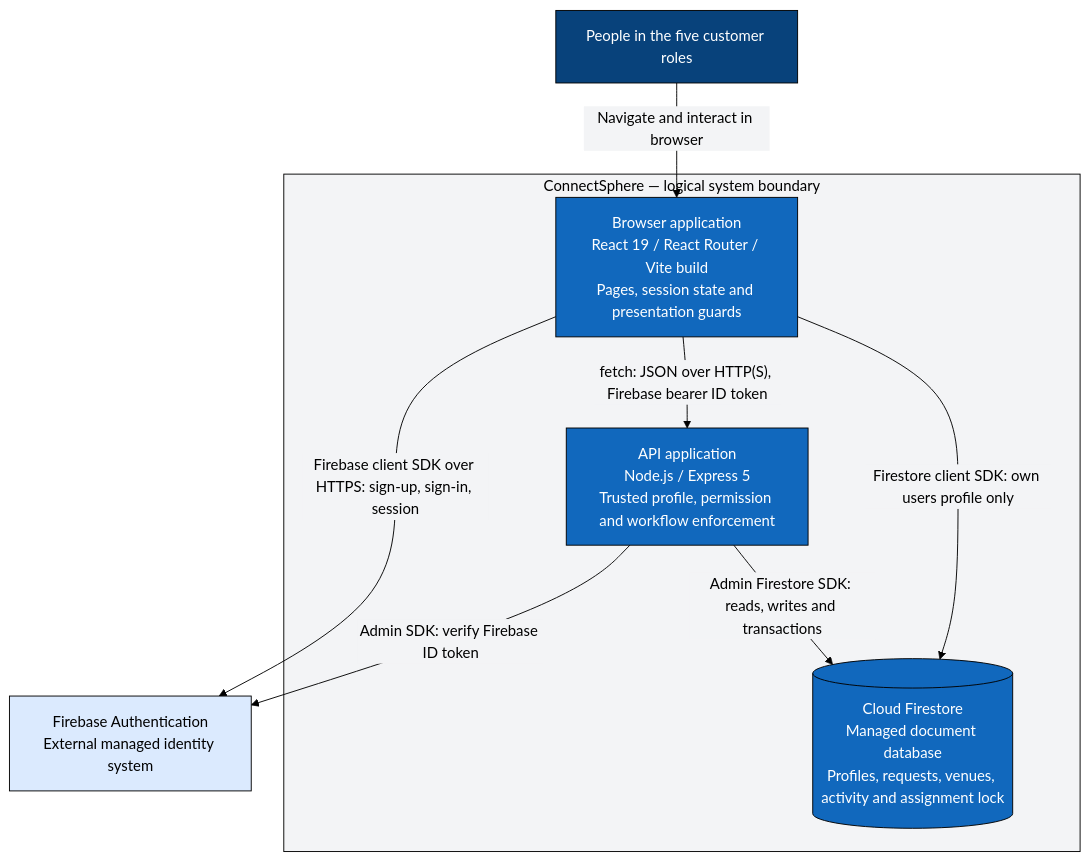
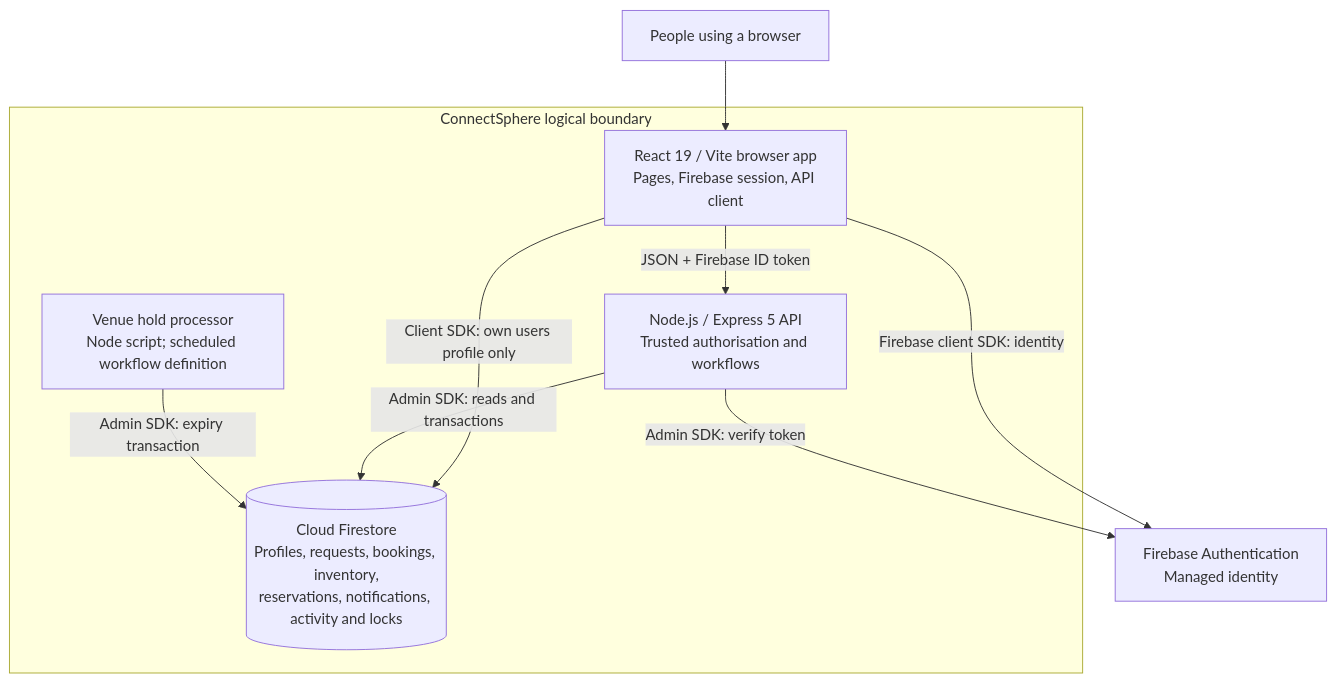
The second of 5 diagrams in docs/architecture/c4-model.md (ydairu/connectsphere), drawn with Mermaid before and after one commit. The commit also changed other lines of this file and 2 other files, not shown here.

Commit message:
[Sprint 3] Updated C4 and architecture models

````diff
--- a/docs/architecture/c4-model.md
+++ b/docs/architecture/c4-model.md
@@ -39,23 +26,18 @@
 ```mermaid
-%%{init: {"theme":"base","themeVariables":{"darkMode":false,"background":"#f3f4f6","primaryColor":"#dbeafe","primaryTextColor":"#000000","primaryBorderColor":"#000000","secondaryColor":"#dbeafe","secondaryTextColor":"#000000","secondaryBorderColor":"#000000","tertiaryColor":"#f3f4f6","tertiaryTextColor":"#000000","tertiaryBorderColor":"#000000","clusterBkg":"#f3f4f6","clusterBorder":"#000000","lineColor":"#000000","textColor":"#000000","edgeLabelBackground":"#f3f4f6","titleColor":"#000000"},"themeCSS":"& { background-color: #f3f4f6; } .cluster-label { transform: translateX(-230px); }"}}%%
 flowchart TB
-  people["People in the five customer roles"]
-  auth["Firebase Authentication<br/>External managed identity system"]
-  subgraph system["ConnectSphere — logical system boundary"]
-    browser["Browser application<br/>React 19 / React Router / Vite build<br/>Pages, session state and presentation guards"]
-    api["API application<br/>Node.js / Express 5<br/>Trusted profile, permission and workflow enforcement"]
-    db[("Cloud Firestore<br/>Managed document database<br/>Profiles, requests, venues, activity and assignment lock")]
+  user["People using a browser"]
+  auth["Firebase Authentication<br/>Managed identity"]
+  subgraph cs["ConnectSphere logical boundary"]
+    web["React 19 / Vite browser app<br/>Pages, Firebase session, API client"]
+    api["Node.js / Express 5 API<br/>Trusted authorisation and workflows"]
+    data[("Cloud Firestore<br/>Profiles, requests, bookings, inventory,<br/>reservations, notifications, activity and locks")]
+    task["Venue hold processor<br/>Node script; scheduled workflow definition"]
   end
-  people -->|"Navigate and interact in browser"| browser
-  browser -->|"Firebase client SDK over HTTPS: sign-up, sign-in, session"| auth
-  browser -->|"fetch: JSON over HTTP(S), Firebase bearer ID token"| api
-  browser -->|"Firestore client SDK: own users profile only"| db
-  api -->|"Admin SDK: verify Firebase ID token"| auth
-  api -->|"Admin Firestore SDK: reads, writes and transactions"| db
-  classDef people fill:#08427b,stroke:#000000,color:#ffffff;
-  classDef container fill:#1168bd,stroke:#000000,color:#ffffff;
-  classDef other fill:#dbeafe,stroke:#000000,color:#000000;
-  class people people;
-  class browser,api,db container;
-  class auth other;
+  user --> web
+  web -->|"Firebase client SDK: identity"| auth
+  web -->|"Client SDK: own users profile only"| data
+  web -->|"JSON + Firebase ID token"| api
+  api -->|"Admin SDK: verify token"| auth
+  api -->|"Admin SDK: reads and transactions"| data
+  task -->|"Admin SDK: expiry transaction"| data
 ```
````
